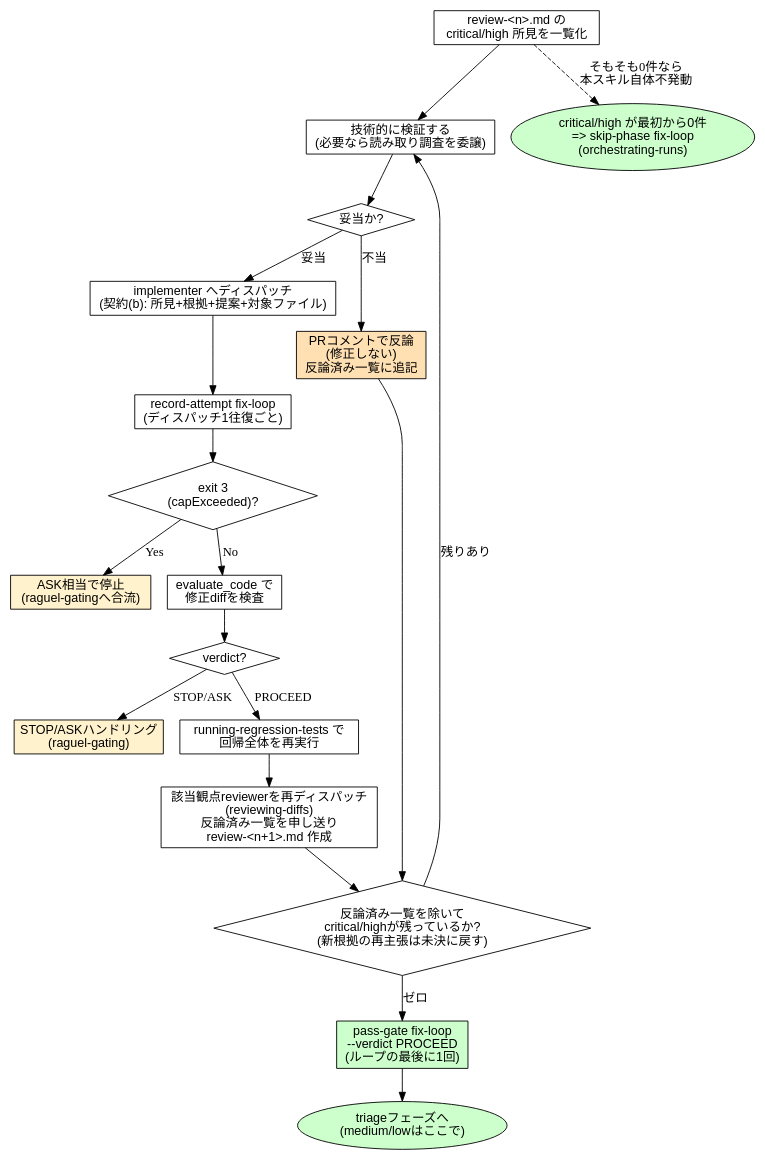
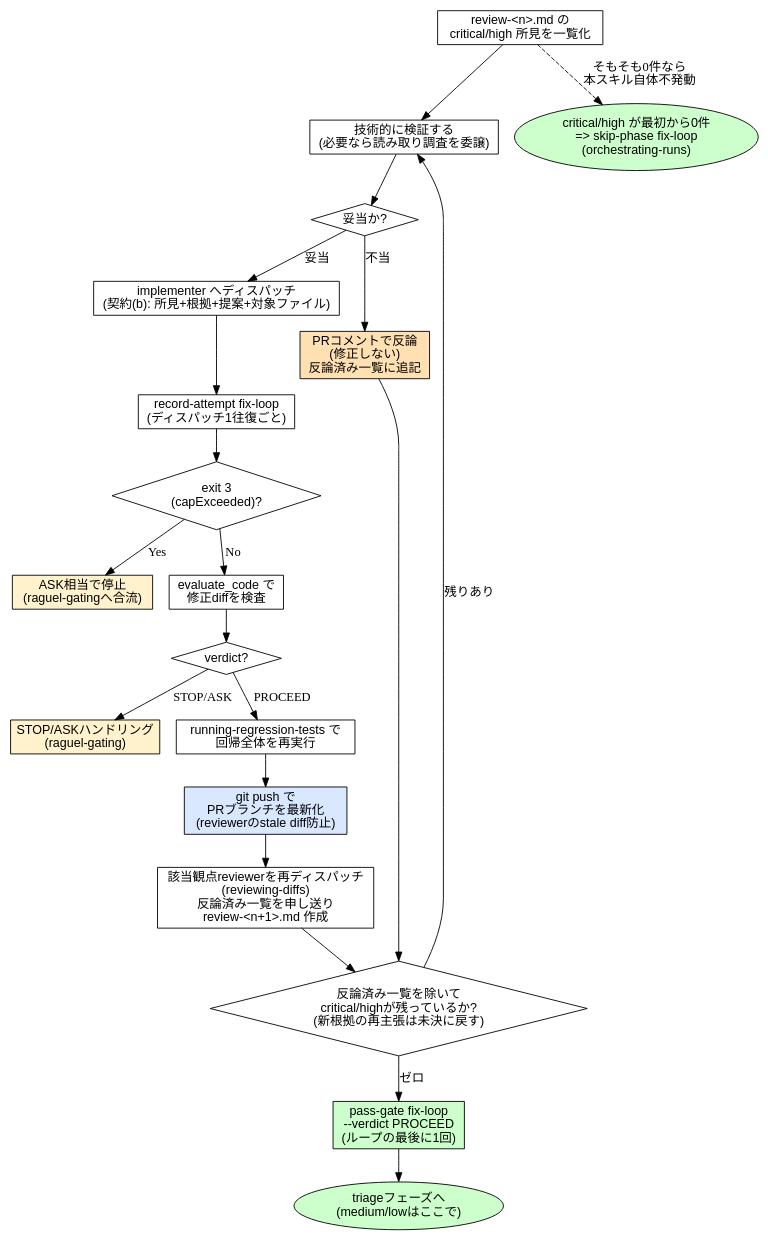
Before and after one commit to Amatsuka-kobo/amatsuka-claude-plugins: the diagram in plugins/codiel/skills/fixing-review-findings/SKILL.md, drawn with Graphviz. The commit also changed other lines of this file and 9 other files, not shown here.

````diff
--- a/plugins/codiel/skills/fixing-review-findings/SKILL.md
+++ b/plugins/codiel/skills/fixing-review-findings/SKILL.md
@@ -145,42 +148,43 @@
 ```dot
 digraph fixing_review_findings {
   rankdir=TB;
   node [fontname="sans-serif"];
 
   findings [label="review-<n>.md の\ncritical/high 所見を一覧化", shape=box];
   verify [label="技術的に検証する\n(必要なら読み取り調査を委譲)", shape=box];
   valid [label="妥当か?", shape=diamond];
   dispatch [label="implementer へディスパッチ\n(契約(b): 所見+根拠+提案+対象ファイル)", shape=box];
   rebut [label="PRコメントで反論\n(修正しない)\n反論済み一覧に追記", shape=box, style=filled, fillcolor="#ffe0b3"];
   record_attempt [label="record-attempt fix-loop\n(ディスパッチ1往復ごと)", shape=box];
   cap [label="exit 3\n(capExceeded)?", shape=diamond];
   ask [label="ASK相当で停止\n(raguel-gatingへ合流)", shape=box, style=filled, fillcolor="#fff2cc"];
   evaluate [label="evaluate_code で\n修正diffを検査", shape=box];
   verdict [label="verdict?", shape=diamond];
   stop_ask [label="STOP/ASKハンドリング\n(raguel-gating)", shape=box, style=filled, fillcolor="#fff2cc"];
   regress [label="running-regression-tests で\n回帰全体を再実行", shape=box];
+  push [label="git push で\nPRブランチを最新化\n(reviewerのstale diff防止)", shape=box, style=filled, fillcolor="#d9e8ff"];
   rereview [label="該当観点reviewerを再ディスパッチ\n(reviewing-diffs)\n反論済み一覧を申し送り\nreview-<n+1>.md 作成", shape=box];
   remaining [label="反論済み一覧を除いて\ncritical/highが残っているか?\n(新根拠の再主張は未決に戻す)", shape=diamond];
   passgate [label="pass-gate fix-loop\n--verdict PROCEED\n(ループの最後に1回)", shape=box, style=filled, fillcolor="#ccffcc"];
   triage [label="triageフェーズへ\n(medium/lowはここで)", shape=ellipse, style=filled, fillcolor="#ccffcc"];
   skip [label="critical/high が最初から0件\n=> skip-phase fix-loop\n(orchestrating-runs)", shape=ellipse, style=filled, fillcolor="#ccffcc"];
 
   findings -> verify -> valid;
   valid -> dispatch [label="妥当"];
   valid -> rebut [label="不当"];
   dispatch -> record_attempt;
   record_attempt -> cap;
   cap -> ask [label="Yes"];
   cap -> evaluate [label="No"];
   evaluate -> verdict;
   verdict -> stop_ask [label="STOP/ASK"];
   verdict -> regress [label="PROCEED"];
-  regress -> rereview -> remaining;
+  regress -> push -> rereview -> remaining;
   remaining -> verify [label="残りあり"];
   remaining -> passgate [label="ゼロ"];
   rebut -> remaining;
   passgate -> triage;
 
   findings -> skip [style=dashed, label="そもそも0件なら\n本スキル自体不発動"];
 }
 ```
````
